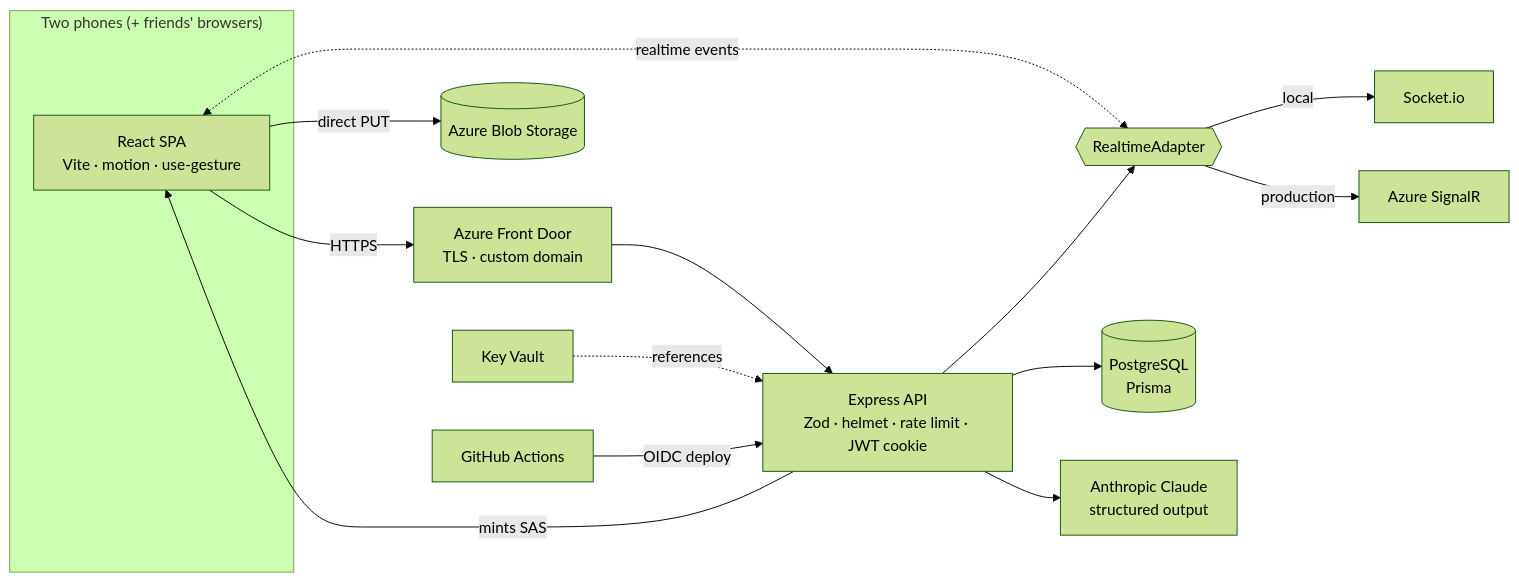
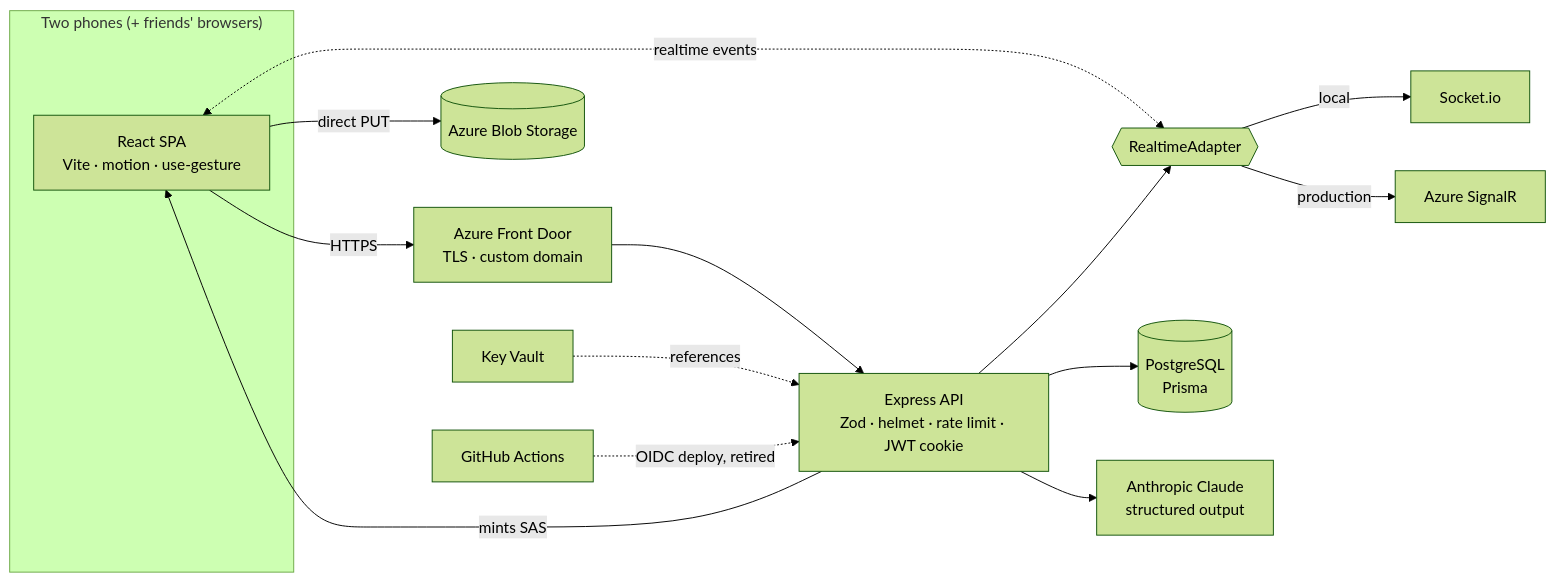
Before and after one commit to dylanleatham/BeforeWeWereThree: the diagram in README.md, drawn with Mermaid (forest theme). The commit also changed other lines of this file and 5 other files, not shown here.

````diff
--- a/README.md
+++ b/README.md
@@ -63,19 +64,19 @@
 ```mermaid
 flowchart LR
     subgraph Phones["Two phones (+ friends' browsers)"]
         A[React SPA<br/>Vite · motion · use-gesture]
     end
 
     A -- HTTPS --> FD[Azure Front Door<br/>TLS · custom domain]
     FD --> API[Express API<br/>Zod · helmet · rate limit · JWT cookie]
     A <-. realtime events .-> RT{{RealtimeAdapter}}
     RT -- local --> SIO[Socket.io]
     RT -- production --> SR[Azure SignalR]
     API --> RT
     API --> DB[(PostgreSQL<br/>Prisma)]
     API --> AI[Anthropic Claude<br/>structured output]
     API -- mints SAS --> A
     A -- direct PUT --> BLOB[(Azure Blob Storage)]
     KV[Key Vault] -. references .-> API
-    GH[GitHub Actions] -- OIDC deploy --> API
+    GH[GitHub Actions] -. OIDC deploy, retired .-> API
 ```
````
